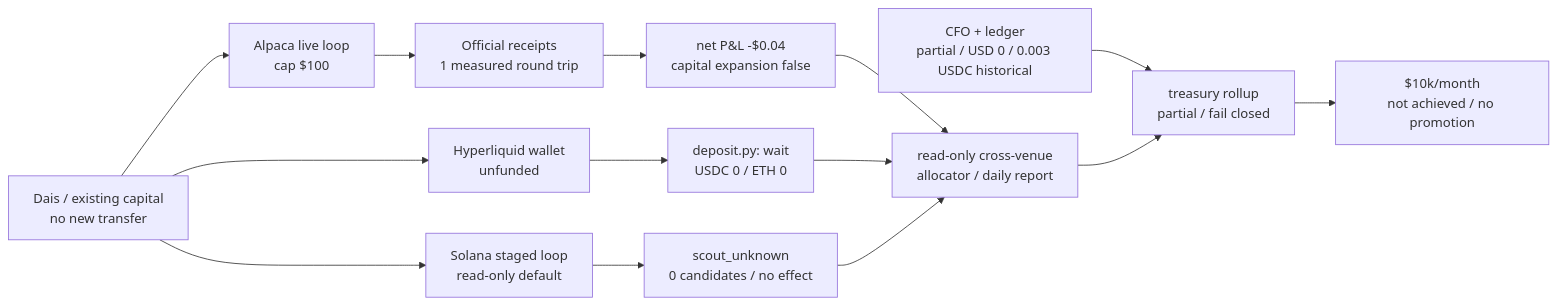
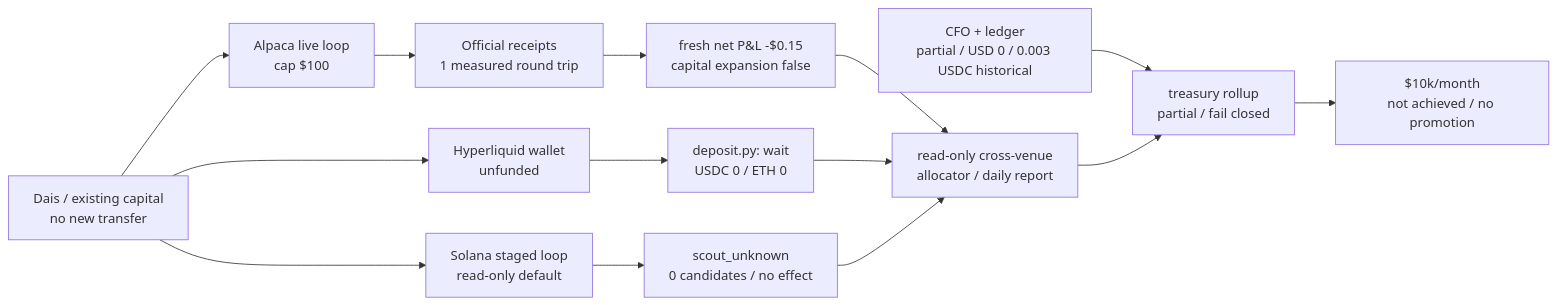
The first of 2 diagrams in docs/superpowers/plans/2026-09-28-investment-loop-generational-wealth.md (Daisuke134/life-manager), drawn with Mermaid before and after one commit. The commit also changed other lines of this file, not shown here.

Commit message:
docs(investment): align as-is chart with fresh pnl

````diff
--- a/docs/superpowers/plans/2026-09-28-investment-loop-generational-wealth.md
+++ b/docs/superpowers/plans/2026-09-28-investment-loop-generational-wealth.md
@@ -38,18 +38,18 @@
 ```mermaid
 flowchart LR
     Owner["Dais / existing capital\nno new transfer"] --> Alpaca["Alpaca live loop\ncap $100"]
     Owner --> HL["Hyperliquid wallet\nunfunded"]
     Owner --> Sol["Solana staged loop\nread-only default"]
 
     Alpaca --> AReceipt["Official receipts\n1 measured round trip"]
-    AReceipt --> APerf["net P&L -$0.04\ncapital expansion false"]
+    AReceipt --> APerf["fresh net P&L -$0.15\ncapital expansion false"]
     HL --> HLWait["deposit.py: wait\nUSDC 0 / ETH 0"]
     Sol --> SolScout["scout_unknown\n0 candidates / no effect"]
 
     APerf --> Allocator["read-only cross-venue\nallocator / daily report"]
     HLWait --> Allocator
     SolScout --> Allocator
     CFO["CFO + ledger\npartial / USD 0 / 0.003 USDC historical"] --> Treasury
     Allocator --> Treasury["treasury rollup\npartial / fail closed"]
     Treasury --> Target["$10k/month\nnot achieved / no promotion"]
 ```
````
